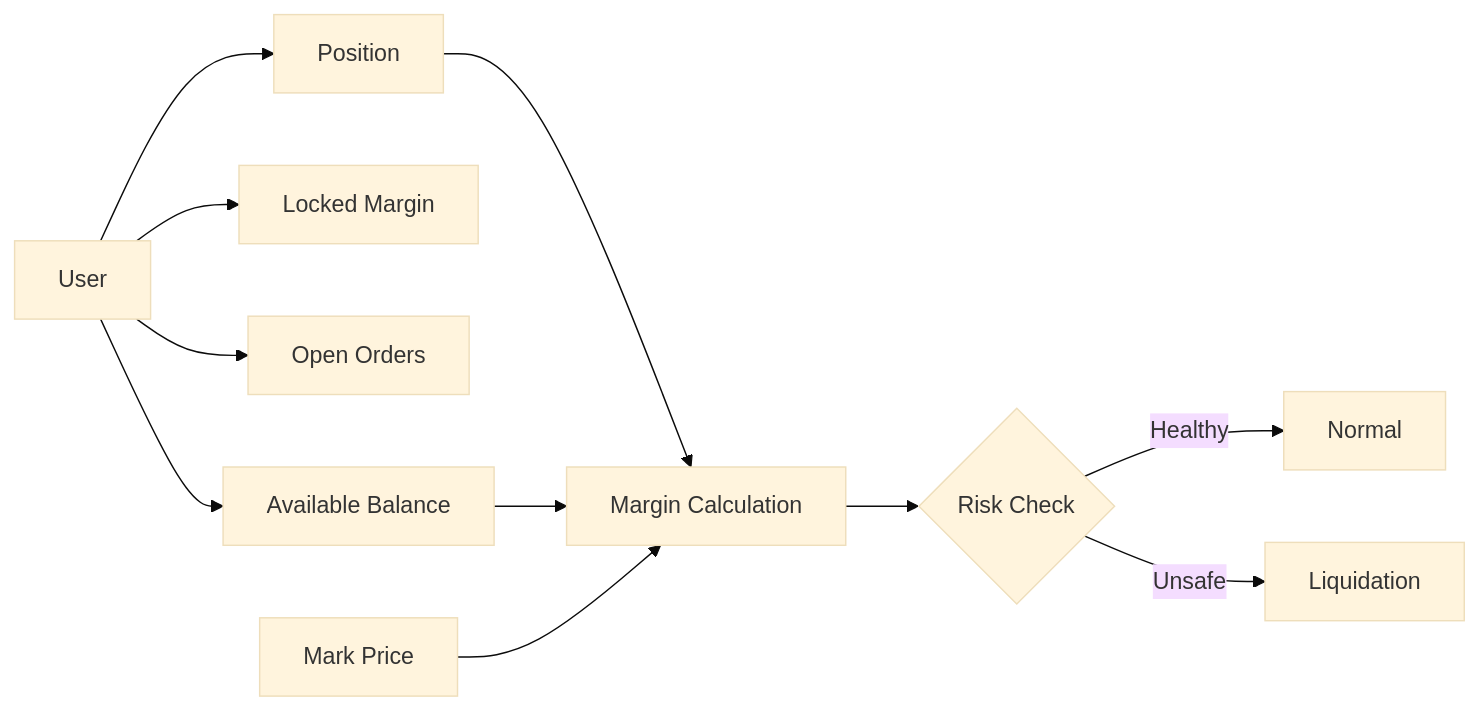
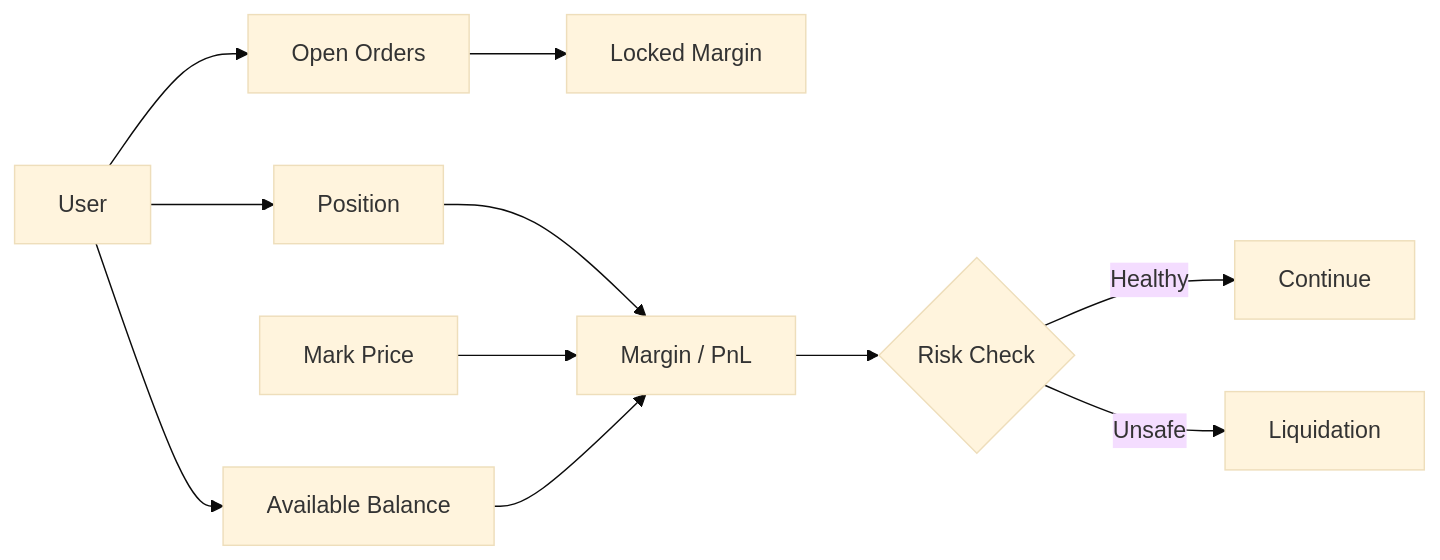
Before and after one commit to MANI-116/PERP: the fourth of 9 diagrams in README.md, drawn with Mermaid (base theme). The commit also changed other lines of this file, not shown here.

Commit message:
docs: redesign PerpX README as technical architecture showcase

````diff
--- a/README.md
+++ b/README.md
@@ -345,37 +211,13 @@
 ```mermaid
 flowchart LR
-
-    USER["User"]
-
-    BALANCE["Available Balance"]
-
-    LOCKED["Locked Margin"]
-
-    ORDERS["Open Orders"]
-
-    POSITION["Position"]
-
-    MARK["Mark Price"]
-
-    MARGIN["Margin Calculation"]
-
-    RISK{"Risk Check"}
-
-    NORMAL["Normal"]
-
-    LIQ["Liquidation"]
-
-    USER --> BALANCE
-    USER --> LOCKED
-    USER --> ORDERS
-    USER --> POSITION
-
-    POSITION --> MARGIN
-    BALANCE --> MARGIN
-    MARK --> MARGIN
-
-    MARGIN --> RISK
-
-    RISK -->|"Healthy"| NORMAL
-    RISK -->|"Unsafe"| LIQ
+    U["User"] --> B["Available Balance"]
+    U --> O["Open Orders"]
+    U --> P["Position"]
+    O --> L["Locked Margin"]
+    P --> M["Margin / PnL"]
+    MP["Mark Price"] --> M
+    B --> M
+    M --> R{"Risk Check"}
+    R -->|Healthy| N["Continue"]
+    R -->|Unsafe| Q["Liquidation"]
 ```
````
